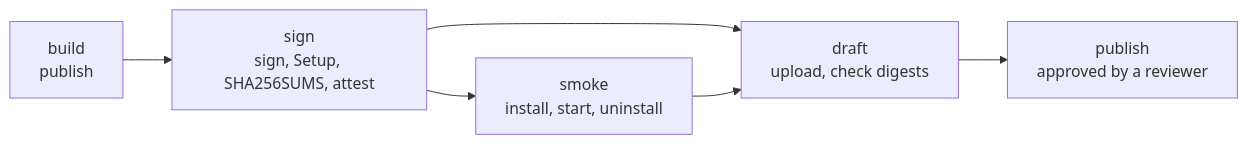
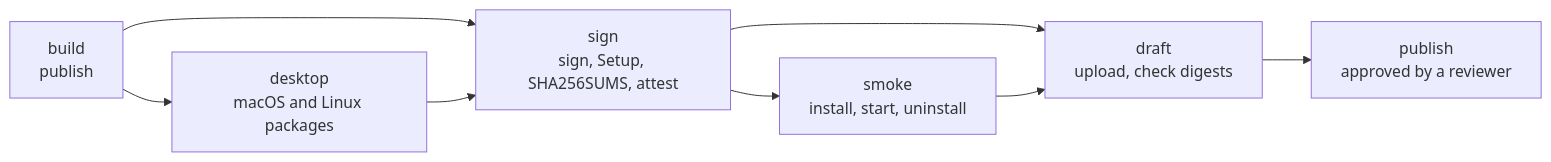
The diagram in .docs/releasing.md (Albadit/DnnManager.NET), drawn with Mermaid before and after one commit. The commit also changed other lines of this file and 63 other files, not shown here.

````diff
--- a/.docs/releasing.md
+++ b/.docs/releasing.md
@@ -176,8 +188,10 @@
 ```mermaid
 flowchart LR
     build["build<br/>publish"] --> sign["sign<br/>sign, Setup, SHA256SUMS, attest"]
+    build --> desktop["desktop<br/>macOS and Linux packages"]
+    desktop --> sign
     sign --> smoke["smoke<br/>install, start, uninstall"]
     sign --> draft["draft<br/>upload, check digests"]
     smoke --> draft
     draft --> publish["publish<br/>approved by a reviewer"]
 ```
````
